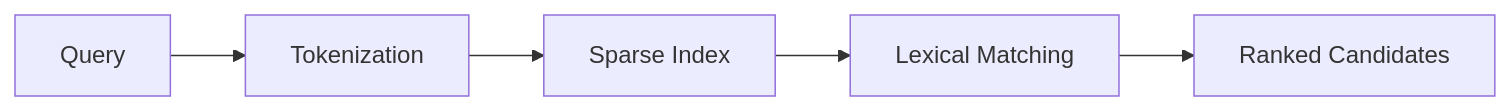
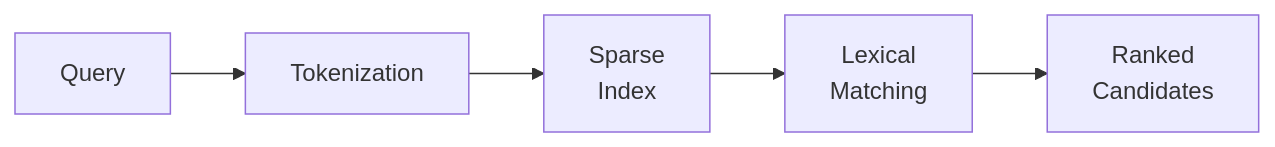
One commit to MihirKJha/enterprise-ai-blog changed the second of 14 diagrams in docs/architecture-insights/genai-and-rag/3.4_engineering_hybrid_retrieval_sparse_dense.md. Above: the diagram before and after it, drawn with Mermaid. The commit also changed other lines of this file, not shown here.

First line of the commit message:
Updated 3.5_architecting_multi_stage_retrieval_from_recall_to_precision.md

````diff
--- a/docs/architecture-insights/genai-and-rag/3.4_engineering_hybrid_retrieval_sparse_dense.md
+++ b/docs/architecture-insights/genai-and-rag/3.4_engineering_hybrid_retrieval_sparse_dense.md
@@ -69,7 +69,7 @@
 ```mermaid
 graph LR
     Q[Query] --> T[Tokenization]
-    T --> I[Sparse Index]
-    I --> M[Lexical Matching]
-    M --> C[Ranked Candidates]
+    T --> I[Sparse<br/>Index]
+    I --> M[Lexical<br/>Matching]
+    M --> C[Ranked<br/>Candidates]
 ```
````
